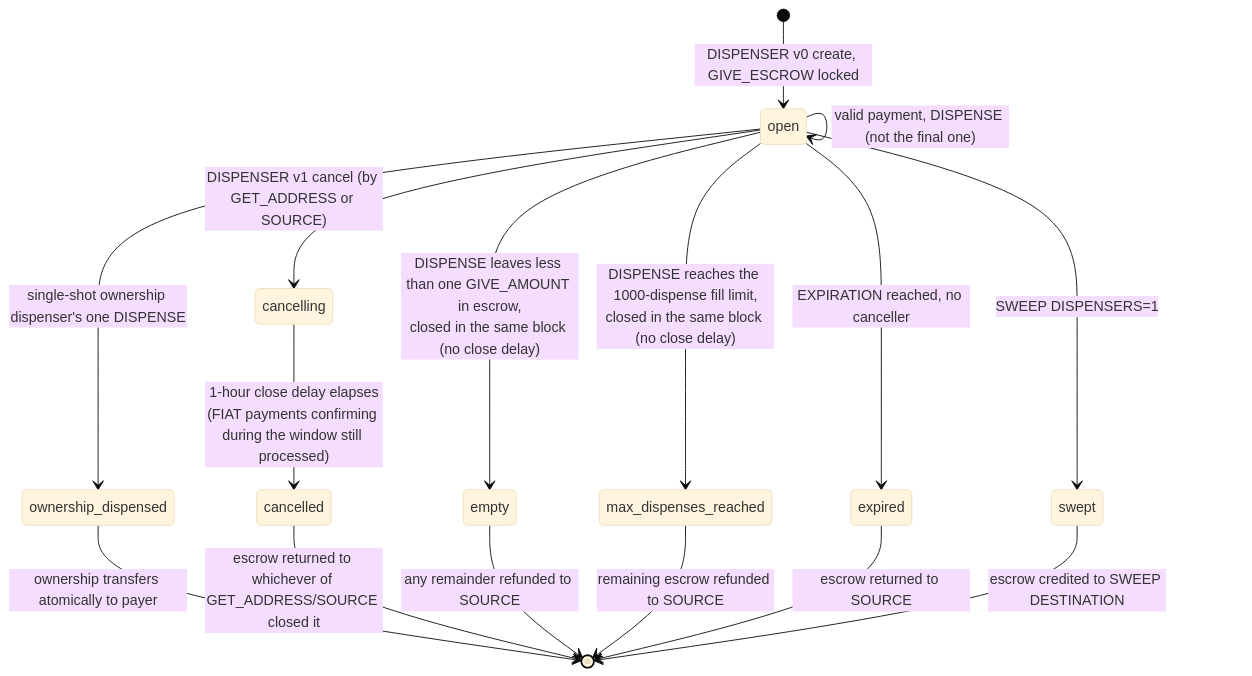
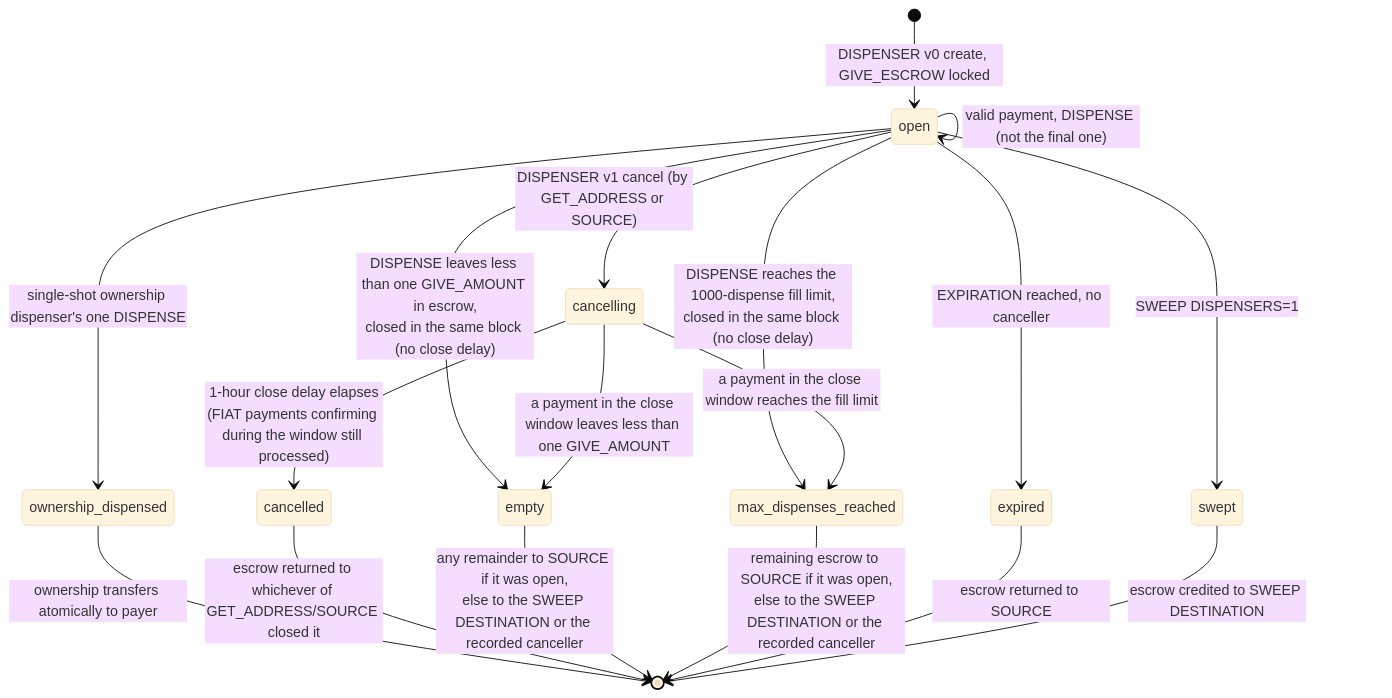
The first of 3 diagrams in protocol/actions/dispenser.md (XChain-Platform/xchain-documentation), drawn with Mermaid (base theme) before and after one commit. The commit also changed other lines of this file and 42 other files, not shown here.

````diff
--- a/protocol/actions/dispenser.md
+++ b/protocol/actions/dispenser.md
@@ -108,18 +108,20 @@
 ```mermaid
 stateDiagram-v2
     [*] --> open: DISPENSER v0 create, GIVE_ESCROW locked
     open --> open: valid payment, DISPENSE (not the final one)
     open --> ownership_dispensed: single-shot ownership dispenser's one DISPENSE
     ownership_dispensed --> [*]: ownership transfers atomically to payer
     open --> cancelling: DISPENSER v1 cancel (by GET_ADDRESS or SOURCE)
     cancelling --> cancelled: 1-hour close delay elapses<br>(FIAT payments confirming during the window still processed)
     cancelled --> [*]: escrow returned to whichever of GET_ADDRESS/SOURCE closed it
     open --> empty: DISPENSE leaves less than one GIVE_AMOUNT in escrow,<br>closed in the same block (no close delay)
-    empty --> [*]: any remainder refunded to SOURCE
+    cancelling --> empty: a payment in the close window leaves less than one GIVE_AMOUNT
+    empty --> [*]: any remainder to SOURCE if it was open,<br>else to the SWEEP DESTINATION or the recorded canceller
     open --> max_dispenses_reached: DISPENSE reaches the 1000-dispense fill limit,<br>closed in the same block (no close delay)
-    max_dispenses_reached --> [*]: remaining escrow refunded to SOURCE
+    cancelling --> max_dispenses_reached: a payment in the close window reaches the fill limit
+    max_dispenses_reached --> [*]: remaining escrow to SOURCE if it was open,<br>else to the SWEEP DESTINATION or the recorded canceller
     open --> expired: EXPIRATION reached, no canceller
     expired --> [*]: escrow returned to SOURCE
     open --> swept: SWEEP DISPENSERS=1
     swept --> [*]: escrow credited to SWEEP DESTINATION
 ```
````
